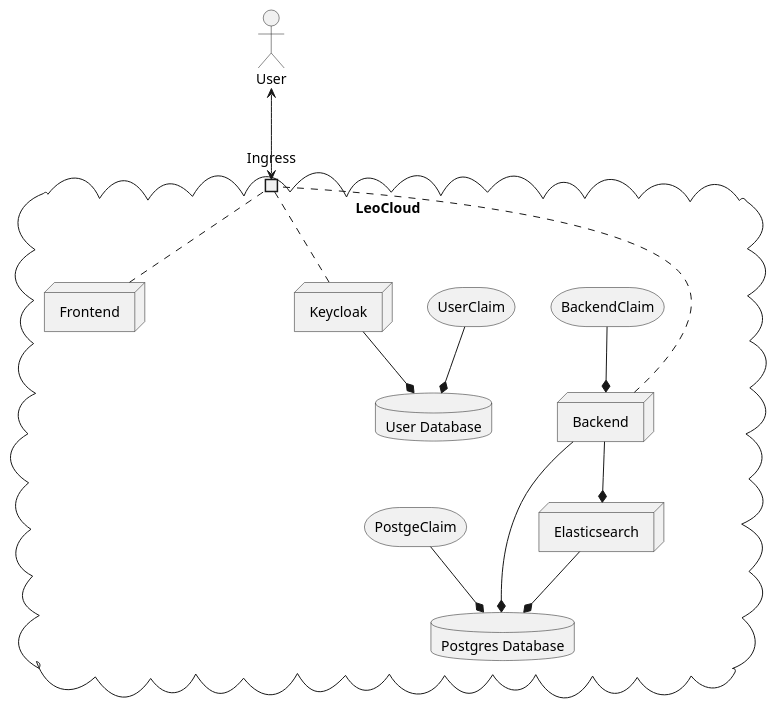
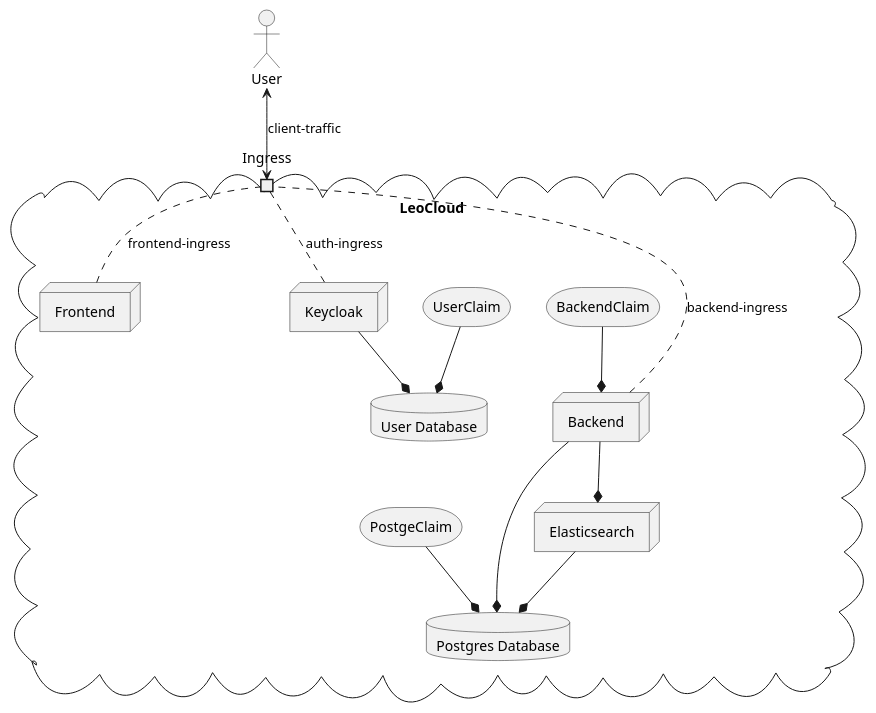
Before and after one commit to RegisterPlatform/Documentation: the diagram in stake-doc/RegisterPlattformDeployment.puml, drawn with PlantUML.

```diff
--- a/stake-doc/RegisterPlattformDeployment.puml
+++ b/stake-doc/RegisterPlattformDeployment.puml
@@ -1,32 +1,32 @@
 @startuml
 'https://plantuml.com/deployment-diagram
 
 
 actor user as "User"
 cloud leocloud as "LeoCloud"{
     database userdb as "User Database"
     database posgresdb as "Postgres Database"
     node backend as "Backend"
     node frontend as "Frontend"
     node elasticsearch as "Elasticsearch"
     node keycloak as "Keycloak"
     storage claimUserDB as "UserClaim"
     storage claimbackendDB as "BackendClaim"
     storage claimposgreDB as "PostgeClaim"
 
     port ingress as "Ingress"
 }
 
 claimUserDB --* userdb
 claimbackendDB --* backend
 claimposgreDB --* posgresdb
 keycloak --* userdb
 backend --* posgresdb
 backend --* elasticsearch
 elasticsearch --* posgresdb
-user <--> ingress : ""
-frontend . ingress : ""
-keycloak . ingress : ""
-backend . ingress : ""
+user <--> ingress : "client-traffic"
+frontend . ingress : "frontend-ingress"
+keycloak . ingress : "auth-ingress"
+backend . ingress : "backend-ingress"
 
 @enduml
```
